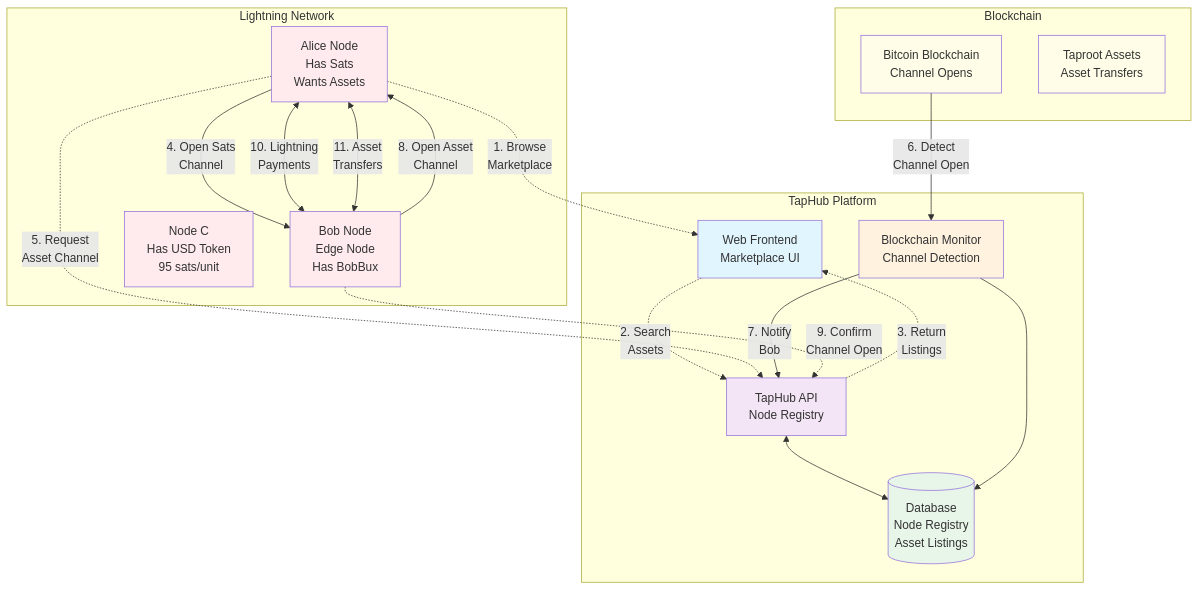
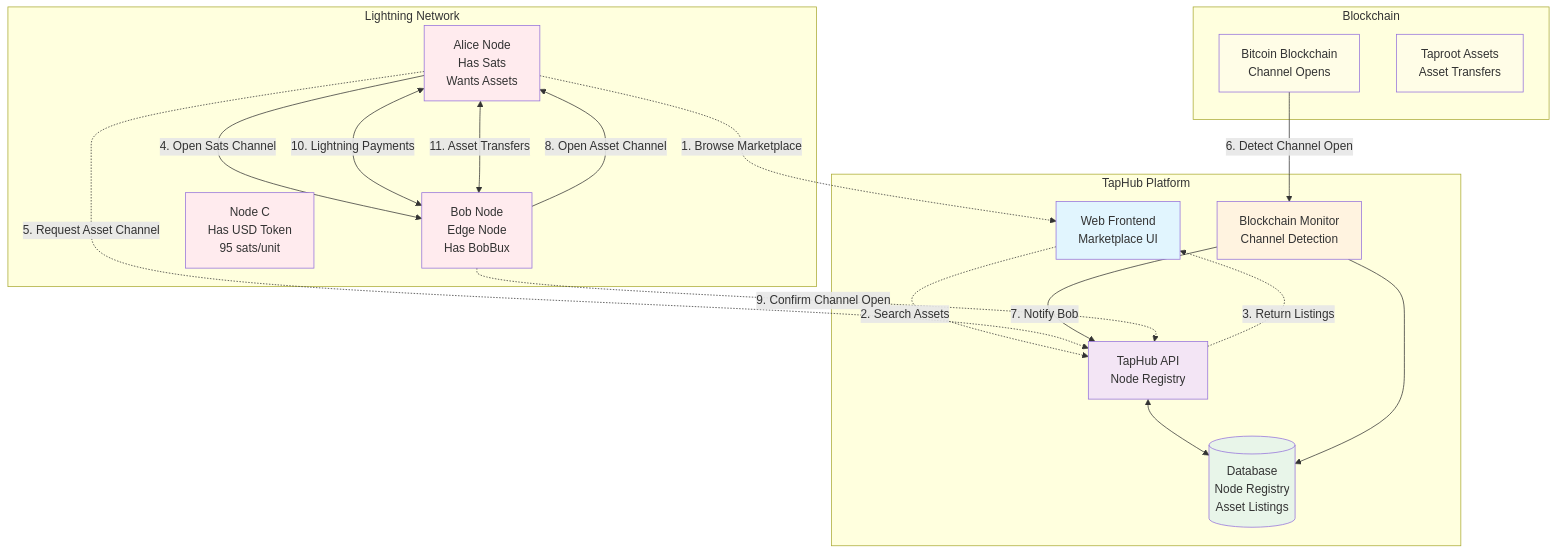
Before and after one commit to bitcoin-coder-bob/TapHub: the first of 4 diagrams in docs/taphub-architecture.md, drawn with Mermaid.

````diff
--- a/docs/taphub-architecture.md
+++ b/docs/taphub-architecture.md
@@ -9,55 +9,55 @@
 ```mermaid
 graph TB
     subgraph "TapHub Platform"
         WEB[Web Frontend<br/>Marketplace UI]
         API[TapHub API<br/>Node Registry]
         MONITOR[Blockchain Monitor<br/>Channel Detection]
         DB[(Database<br/>Node Registry<br/>Asset Listings)]
     end
 
     subgraph "Lightning Network"
         ALICE[Alice Node<br/>Has Sats<br/>Wants Assets]
         BOB[Bob Node<br/>Edge Node<br/>Has BobBux]
         NODE_C[Node C<br/>Has USD Token<br/>95 sats/unit]
     end
 
     subgraph "Blockchain"
         BTC[Bitcoin Blockchain<br/>Channel Opens]
         TAP[Taproot Assets<br/>Asset Transfers]
     end
 
     %% User interactions
-    ALICE -.->|1. Browse<br/>Marketplace| WEB
-    WEB -.->|2. Search<br/>Assets| API
-    API -.->|3. Return<br/>Listings| WEB
+    ALICE -.->|1. Browse Marketplace| WEB
+    WEB -.->|2. Search Assets| API
+    API -.->|3. Return Listings| WEB
     
     %% Channel opening flow
-    ALICE -->|4. Open Sats<br/>Channel| BOB
-    ALICE -.->|5. Request<br/>Asset Channel| API
+    ALICE -->|4. Open Sats Channel| BOB
+    ALICE -.->|5. Request Asset Channel| API
     
     %% Monitoring
-    BTC -->|6. Detect<br/>Channel Open| MONITOR
-    MONITOR -->|7. Notify<br/>Bob| API
+    BTC -->|6. Detect Channel Open| MONITOR
+    MONITOR -->|7. Notify Bob| API
     
     %% Asset channel
-    BOB -->|8. Open Asset<br/>Channel| ALICE
-    BOB -.->|9. Confirm<br/>Channel Open| API
+    BOB -->|8. Open Asset Channel| ALICE
+    BOB -.->|9. Confirm Channel Open| API
     
     %% Trading
-    ALICE <-->|10. Lightning<br/>Payments| BOB
-    ALICE <-->|11. Asset<br/>Transfers| BOB
+    ALICE <-->|10. Lightning Payments| BOB
+    ALICE <-->|11. Asset Transfers| BOB
     
     %% Database connections
     API <--> DB
     MONITOR --> DB
     
     style WEB fill:#e1f5fe
     style API fill:#f3e5f5
     style MONITOR fill:#fff3e0
     style DB fill:#e8f5e9
     style ALICE fill:#ffebee
     style BOB fill:#ffebee
     style NODE_C fill:#ffebee
     style BTC fill:#fffde7
     style TAP fill:#fffde7
 ```
````
